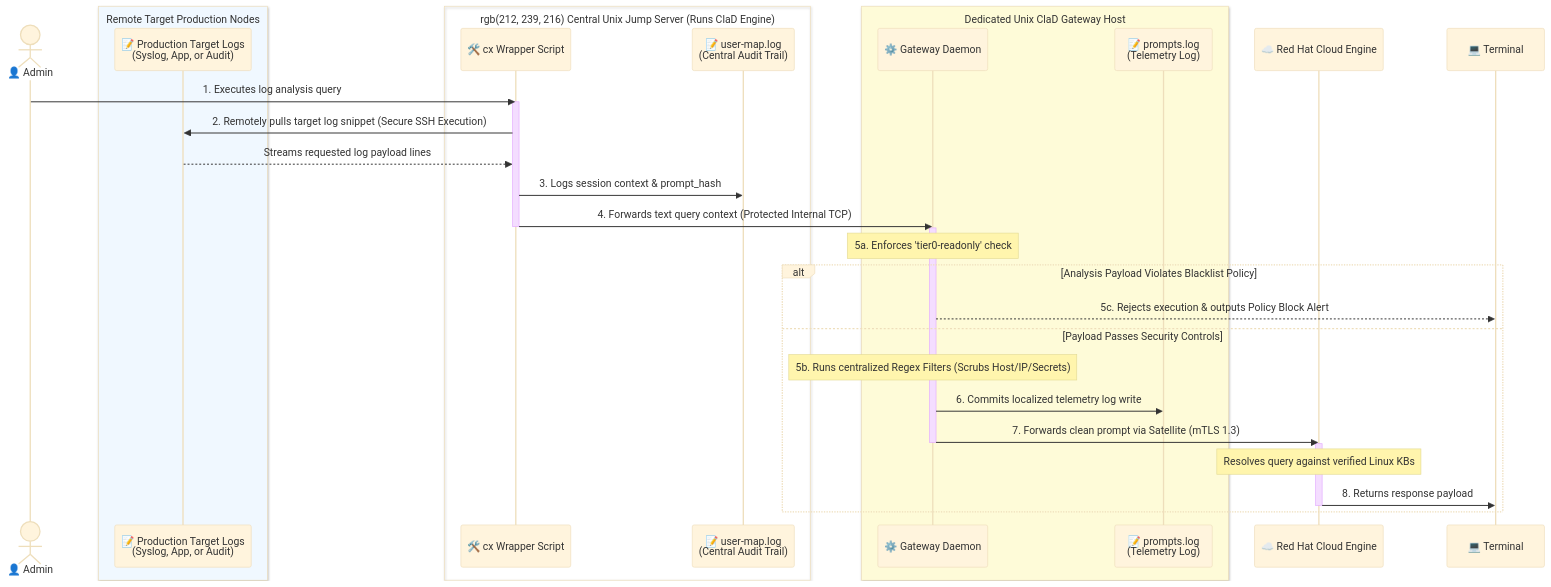
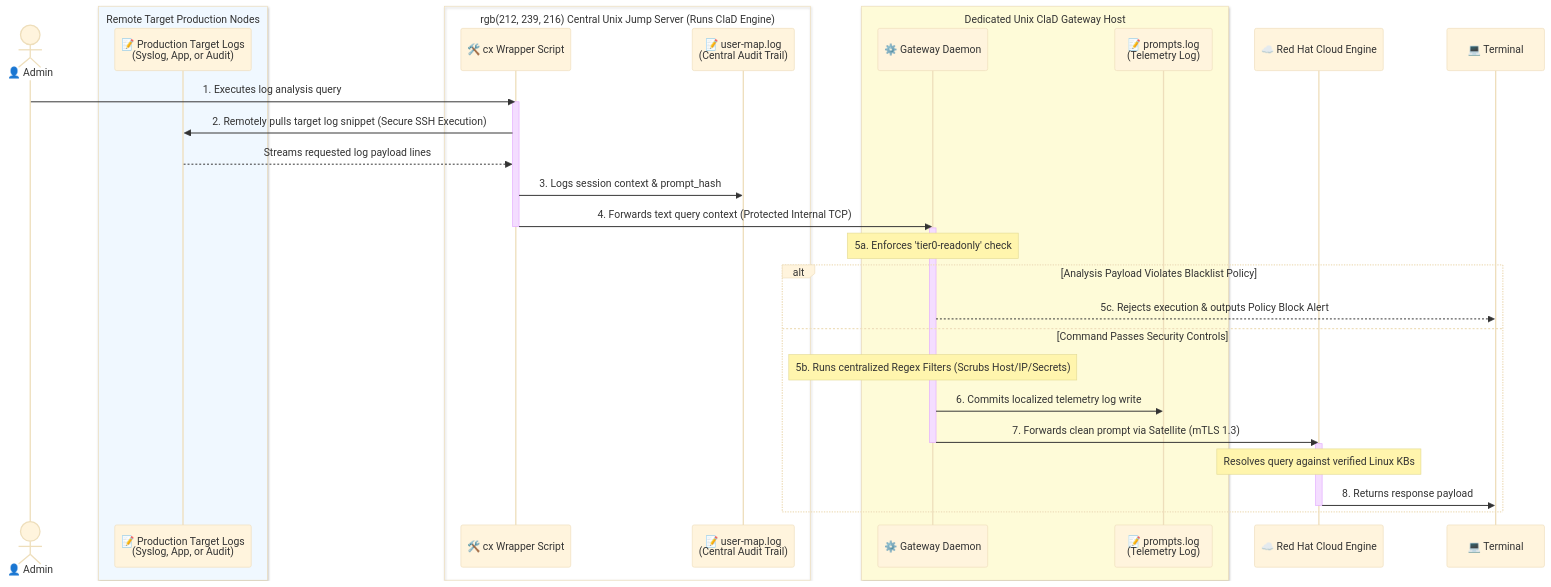
Before and after one commit to kumarj04/cla-gateway: the diagram in future-arch.md, drawn with Mermaid (base theme).

Commit message:
Update sequence diagram for log analysis process

````diff
--- a/future-arch.md
+++ b/future-arch.md
@@ -1,45 +1,49 @@
 ```mermaid
 sequenceDiagram
     actor Admin as 👤 Admin
+    
     box rgb(240, 248, 255) Remote Target Production Nodes
         participant NodeLog as 📝 Production Target Logs<br>(Syslog, App, or Audit)
     end
+    
     box rgb(212, 239, 216) Central Unix Jump Server (Runs ClaD Engine)
         participant Wrapper as 🛠️ cx Wrapper Script
         participant Log1 as 📝 user-map.log<br>(Central Audit Trail)
     end
+    
     box rgb(254, 251, 216) Dedicated Unix ClaD Gateway Host
         participant Daemon as ⚙️ Gateway Daemon
         participant Log2 as 📝 prompts.log<br>(Telemetry Log)
     end
+    
     participant Cloud as ☁️ Red Hat Cloud Engine
     participant Term as 💻 Terminal
 
     Admin->>Wrapper: 1. Executes log analysis query
     activate Wrapper
     
-    %% Automated Secure Pull Mechanism
+    %% Remote Pull Steps
     Wrapper->>NodeLog: 2. Remotely pulls target log snippet (Secure SSH Execution)
     NodeLog-->>Wrapper: Streams requested log payload lines
     
     Wrapper->>Log1: 3. Logs session context & prompt_hash
     Wrapper->>Daemon: 4. Forwards text query context (Protected Internal TCP)
     deactivate Wrapper
     
     activate Daemon
     Note over Daemon: 5a. Enforces 'tier0-readonly' check
     
     alt Analysis Payload Violates Blacklist Policy
         Daemon-->>Term: 5c. Rejects execution & outputs Policy Block Alert
-    else Payload Passes Security Controls
+    else Command Passes Security Controls
         Note over Daemon: 5b. Runs centralized Regex Filters (Scrubs Host/IP/Secrets)
         Daemon->>Log2: 6. Commits localized telemetry log write
         Daemon->>Cloud: 7. Forwards clean prompt via Satellite (mTLS 1.3)
         deactivate Daemon
         
         activate Cloud
         Note over Cloud: Resolves query against verified Linux KBs
         Cloud->>Term: 8. Returns response payload
         deactivate Cloud
     end
 ```
````
